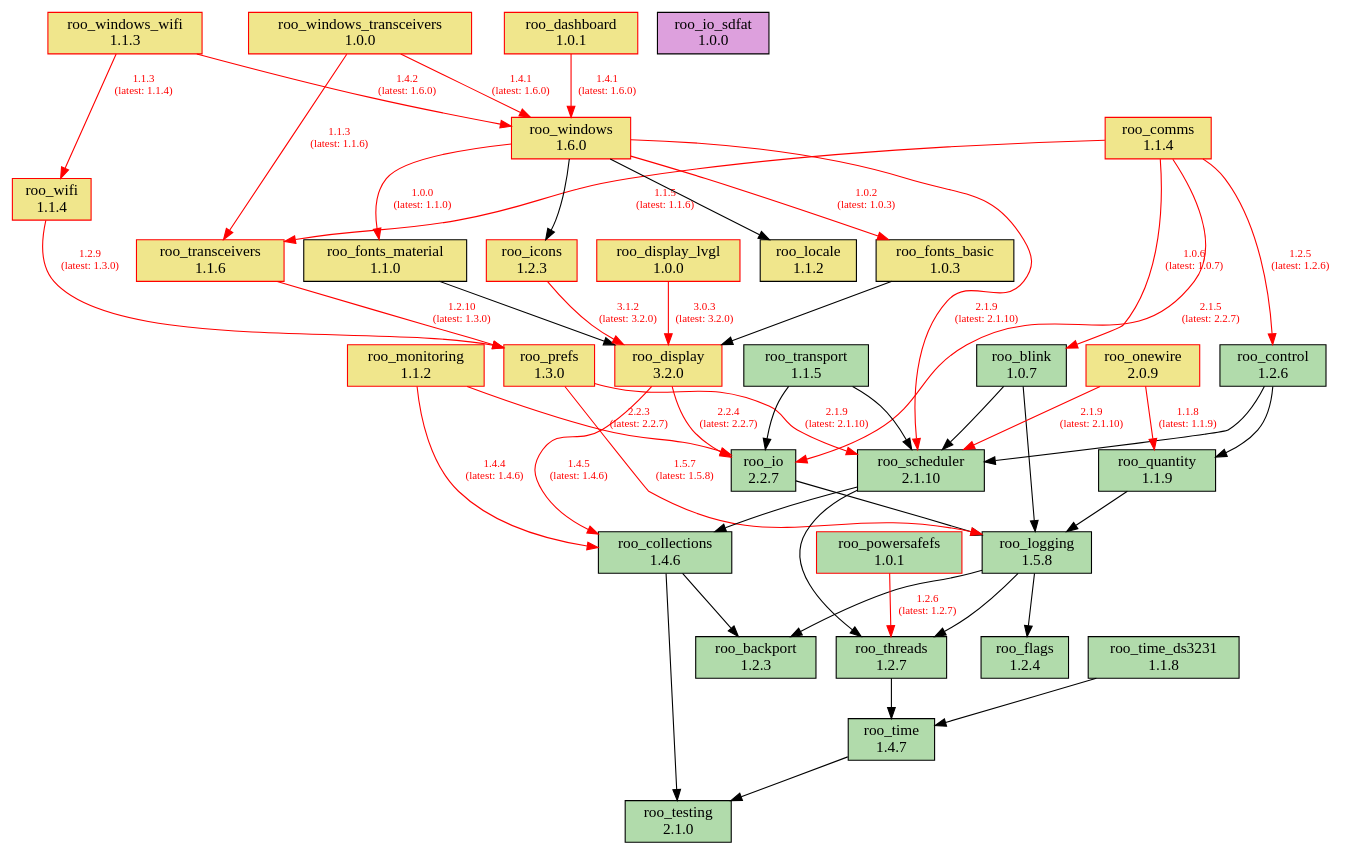
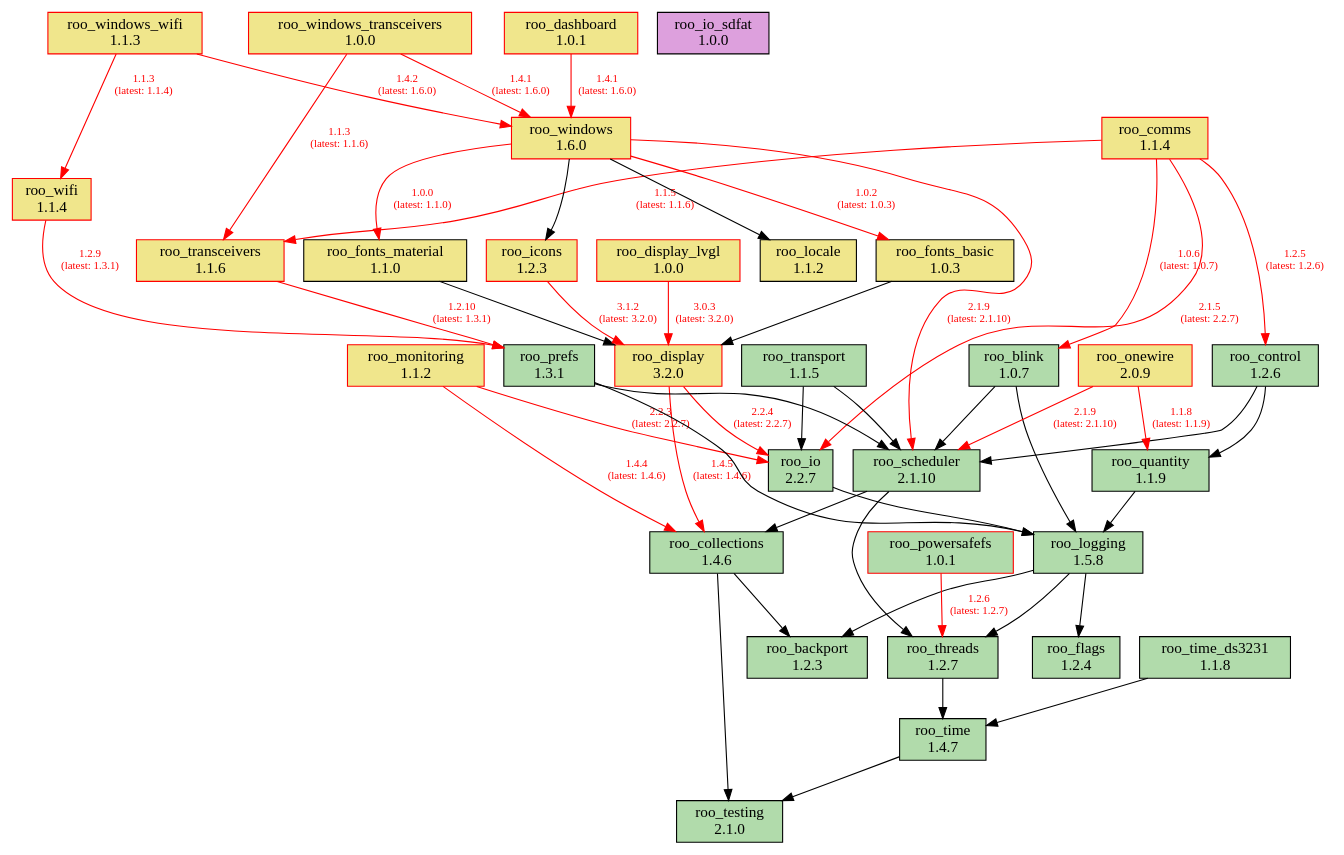
Before and after one commit to dejwk/roo-registry: the diagram in doc/dependencies.dot, drawn with Graphviz. The commit also changed 3 other files, not shown here.

Commit message:
Added roo_prefs 1.3.1 to the registry.

```diff
--- a/doc/dependencies.dot
+++ b/doc/dependencies.dot
@@ -1,88 +1,88 @@
 digraph dependencies {
     rankdir=TB;
     node [shape=box, style=filled];
     edge [fontsize=10];
 
     // Modules
     "roo_backport" [label="roo_backport\n1.2.3", fillcolor="#b1dbab", color="black"];
     "roo_blink" [label="roo_blink\n1.0.7", fillcolor="#b1dbab", color="black"];
     "roo_collections" [label="roo_collections\n1.4.6", fillcolor="#b1dbab", color="black"];
     "roo_comms" [label="roo_comms\n1.1.4", fillcolor="khaki", color="red"];
     "roo_control" [label="roo_control\n1.2.6", fillcolor="#b1dbab", color="black"];
     "roo_dashboard" [label="roo_dashboard\n1.0.1", fillcolor="khaki", color="red"];
     "roo_display" [label="roo_display\n3.2.0", fillcolor="khaki", color="red"];
     "roo_display_lvgl" [label="roo_display_lvgl\n1.0.0", fillcolor="khaki", color="red"];
     "roo_flags" [label="roo_flags\n1.2.4", fillcolor="#b1dbab", color="black"];
     "roo_fonts_basic" [label="roo_fonts_basic\n1.0.3", fillcolor="khaki", color="black"];
     "roo_fonts_material" [label="roo_fonts_material\n1.1.0", fillcolor="khaki", color="black"];
     "roo_icons" [label="roo_icons\n1.2.3", fillcolor="khaki", color="red"];
     "roo_io" [label="roo_io\n2.2.7", fillcolor="#b1dbab", color="black"];
     "roo_io_sdfat" [label="roo_io_sdfat\n1.0.0", fillcolor="plum", color="black"];
     "roo_locale" [label="roo_locale\n1.1.2", fillcolor="khaki", color="black"];
     "roo_logging" [label="roo_logging\n1.5.8", fillcolor="#b1dbab", color="black"];
     "roo_monitoring" [label="roo_monitoring\n1.1.2", fillcolor="khaki", color="red"];
     "roo_onewire" [label="roo_onewire\n2.0.9", fillcolor="khaki", color="red"];
     "roo_powersafefs" [label="roo_powersafefs\n1.0.1", fillcolor="#b1dbab", color="red"];
-    "roo_prefs" [label="roo_prefs\n1.3.0", fillcolor="khaki", color="red"];
+    "roo_prefs" [label="roo_prefs\n1.3.1", fillcolor="#b1dbab", color="black"];
     "roo_quantity" [label="roo_quantity\n1.1.9", fillcolor="#b1dbab", color="black"];
     "roo_scheduler" [label="roo_scheduler\n2.1.10", fillcolor="#b1dbab", color="black"];
     "roo_testing" [label="roo_testing\n2.1.0", fillcolor="#b1dbab", color="black"];
     "roo_threads" [label="roo_threads\n1.2.7", fillcolor="#b1dbab", color="black"];
     "roo_time" [label="roo_time\n1.4.7", fillcolor="#b1dbab", color="black"];
     "roo_time_ds3231" [label="roo_time_ds3231\n1.1.8", fillcolor="#b1dbab", color="black"];
     "roo_transceivers" [label="roo_transceivers\n1.1.6", fillcolor="khaki", color="red"];
     "roo_transport" [label="roo_transport\n1.1.5", fillcolor="#b1dbab", color="black"];
     "roo_wifi" [label="roo_wifi\n1.1.4", fillcolor="khaki", color="red"];
     "roo_windows" [label="roo_windows\n1.6.0", fillcolor="khaki", color="red"];
     "roo_windows_transceivers" [label="roo_windows_transceivers\n1.0.0", fillcolor="khaki", color="red"];
     "roo_windows_wifi" [label="roo_windows_wifi\n1.1.3", fillcolor="khaki", color="red"];
 
     // Dependencies
     "roo_blink" -> "roo_logging";
     "roo_blink" -> "roo_scheduler";
     "roo_collections" -> "roo_testing";
     "roo_collections" -> "roo_backport";
     "roo_comms" -> "roo_blink" [color=red, fontcolor=red, label="1.0.6\n(latest: 1.0.7)"];
     "roo_comms" -> "roo_control" [color=red, fontcolor=red, label="1.2.5\n(latest: 1.2.6)"];
     "roo_comms" -> "roo_io" [color=red, fontcolor=red, label="2.1.5\n(latest: 2.2.7)"];
     "roo_comms" -> "roo_transceivers" [color=red, fontcolor=red, label="1.1.5\n(latest: 1.1.6)"];
     "roo_control" -> "roo_quantity";
     "roo_control" -> "roo_scheduler";
     "roo_dashboard" -> "roo_windows" [color=red, fontcolor=red, label="1.4.1\n(latest: 1.6.0)"];
     "roo_display" -> "roo_collections" [color=red, fontcolor=red, label="1.4.5\n(latest: 1.4.6)"];
     "roo_display" -> "roo_io" [color=red, fontcolor=red, label="2.2.4\n(latest: 2.2.7)"];
     "roo_display_lvgl" -> "roo_display" [color=red, fontcolor=red, label="3.0.3\n(latest: 3.2.0)"];
     "roo_fonts_basic" -> "roo_display";
     "roo_fonts_material" -> "roo_display";
     "roo_icons" -> "roo_display" [color=red, fontcolor=red, label="3.1.2\n(latest: 3.2.0)"];
     "roo_io" -> "roo_logging";
     "roo_logging" -> "roo_backport";
     "roo_logging" -> "roo_flags";
     "roo_logging" -> "roo_threads";
     "roo_monitoring" -> "roo_collections" [color=red, fontcolor=red, label="1.4.4\n(latest: 1.4.6)"];
     "roo_monitoring" -> "roo_io" [color=red, fontcolor=red, label="2.2.3\n(latest: 2.2.7)"];
     "roo_onewire" -> "roo_scheduler" [color=red, fontcolor=red, label="2.1.9\n(latest: 2.1.10)"];
     "roo_onewire" -> "roo_quantity" [color=red, fontcolor=red, label="1.1.8\n(latest: 1.1.9)"];
     "roo_powersafefs" -> "roo_threads" [color=red, fontcolor=red, label="1.2.6\n(latest: 1.2.7)"];
-    "roo_prefs" -> "roo_logging" [color=red, fontcolor=red, label="1.5.7\n(latest: 1.5.8)"];
-    "roo_prefs" -> "roo_scheduler" [color=red, fontcolor=red, label="2.1.9\n(latest: 2.1.10)"];
+    "roo_prefs" -> "roo_logging";
+    "roo_prefs" -> "roo_scheduler";
     "roo_quantity" -> "roo_logging";
     "roo_scheduler" -> "roo_collections";
     "roo_scheduler" -> "roo_threads";
     "roo_threads" -> "roo_time";
     "roo_time" -> "roo_testing";
     "roo_time_ds3231" -> "roo_time";
-    "roo_transceivers" -> "roo_prefs" [color=red, fontcolor=red, label="1.2.10\n(latest: 1.3.0)"];
+    "roo_transceivers" -> "roo_prefs" [color=red, fontcolor=red, label="1.2.10\n(latest: 1.3.1)"];
     "roo_transport" -> "roo_io";
     "roo_transport" -> "roo_scheduler";
-    "roo_wifi" -> "roo_prefs" [color=red, fontcolor=red, label="1.2.9\n(latest: 1.3.0)"];
+    "roo_wifi" -> "roo_prefs" [color=red, fontcolor=red, label="1.2.9\n(latest: 1.3.1)"];
     "roo_windows" -> "roo_fonts_basic" [color=red, fontcolor=red, label="1.0.2\n(latest: 1.0.3)"];
     "roo_windows" -> "roo_fonts_material" [color=red, fontcolor=red, label="1.0.0\n(latest: 1.1.0)"];
     "roo_windows" -> "roo_locale";
     "roo_windows" -> "roo_icons";
     "roo_windows" -> "roo_scheduler" [color=red, fontcolor=red, label="2.1.9\n(latest: 2.1.10)"];
     "roo_windows_transceivers" -> "roo_transceivers" [color=red, fontcolor=red, label="1.1.3\n(latest: 1.1.6)"];
     "roo_windows_transceivers" -> "roo_windows" [color=red, fontcolor=red, label="1.4.1\n(latest: 1.6.0)"];
     "roo_windows_wifi" -> "roo_wifi" [color=red, fontcolor=red, label="1.1.3\n(latest: 1.1.4)"];
     "roo_windows_wifi" -> "roo_windows" [color=red, fontcolor=red, label="1.4.2\n(latest: 1.6.0)"];
 }
```
